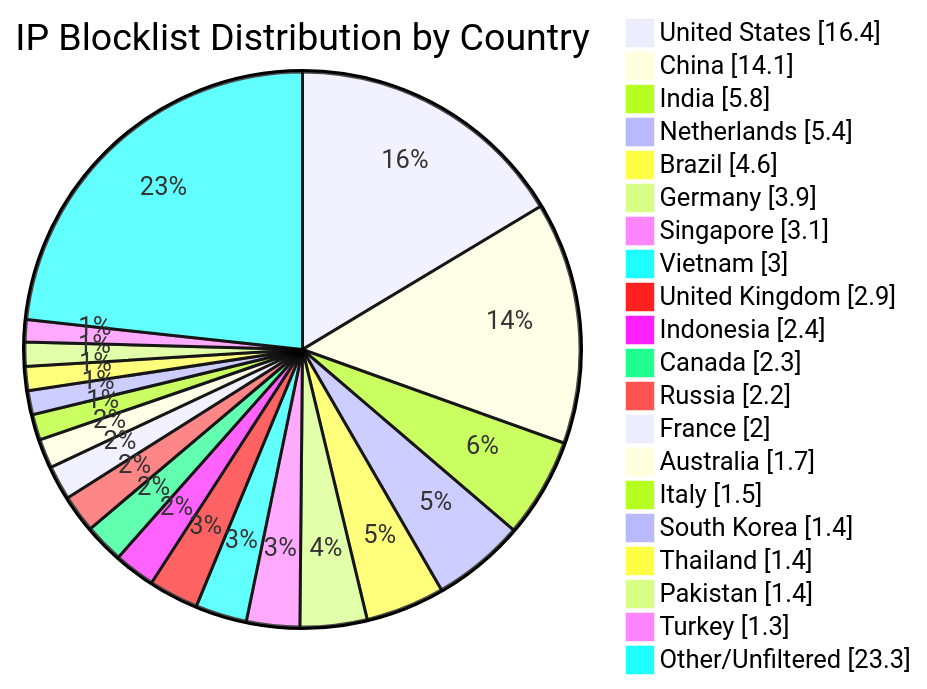
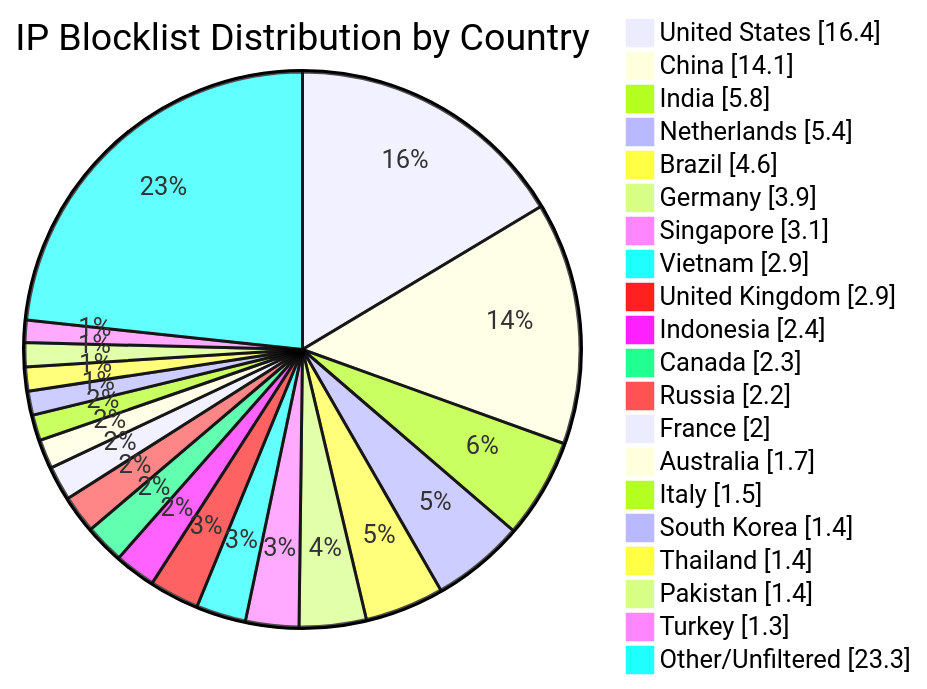
Before and after one commit to dewdmadbro/ip-blocklist-dewd: the diagram in README.md, drawn with Mermaid. The commit also changed other lines of this file and 49 other files, not shown here.

````diff
--- a/README.md
+++ b/README.md
@@ -34,23 +34,23 @@
 ```mermaid
 pie showData title IP Blocklist Distribution by Country
 "United States" : 16.4
 "China" : 14.1
 "India" : 5.8
 "Netherlands" : 5.4
 "Brazil" : 4.6
 "Germany" : 3.9
 "Singapore" : 3.1
-"Vietnam" : 3.0
+"Vietnam" : 2.9
 "United Kingdom" : 2.9
 "Indonesia" : 2.4
 "Canada" : 2.3
 "Russia" : 2.2
 "France" : 2.0
 "Australia" : 1.7
 "Italy" : 1.5
 "South Korea" : 1.4
 "Thailand" : 1.4
 "Pakistan" : 1.4
 "Turkey" : 1.3
 "Other/Unfiltered" : 23.3
 ```
````
